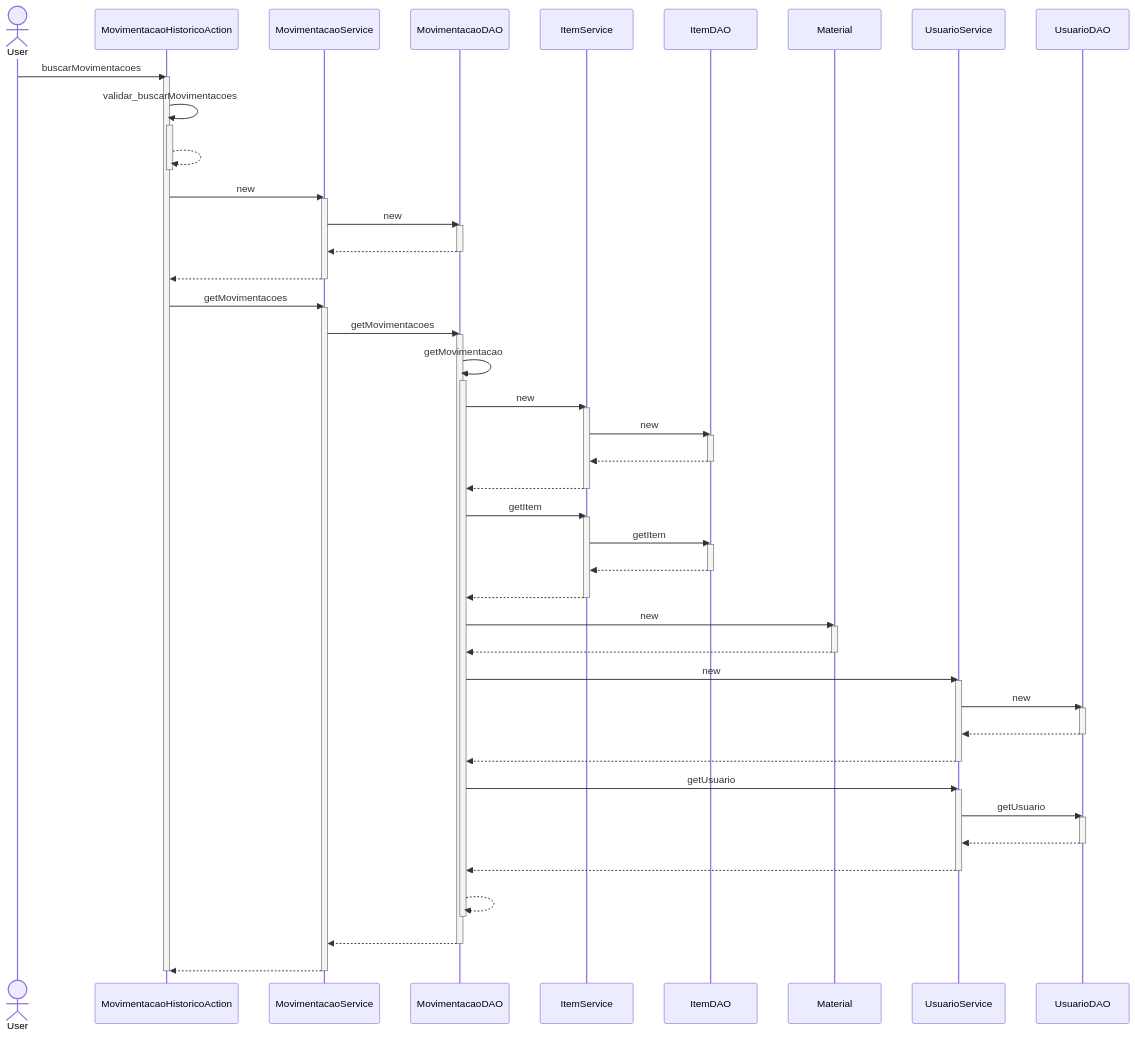
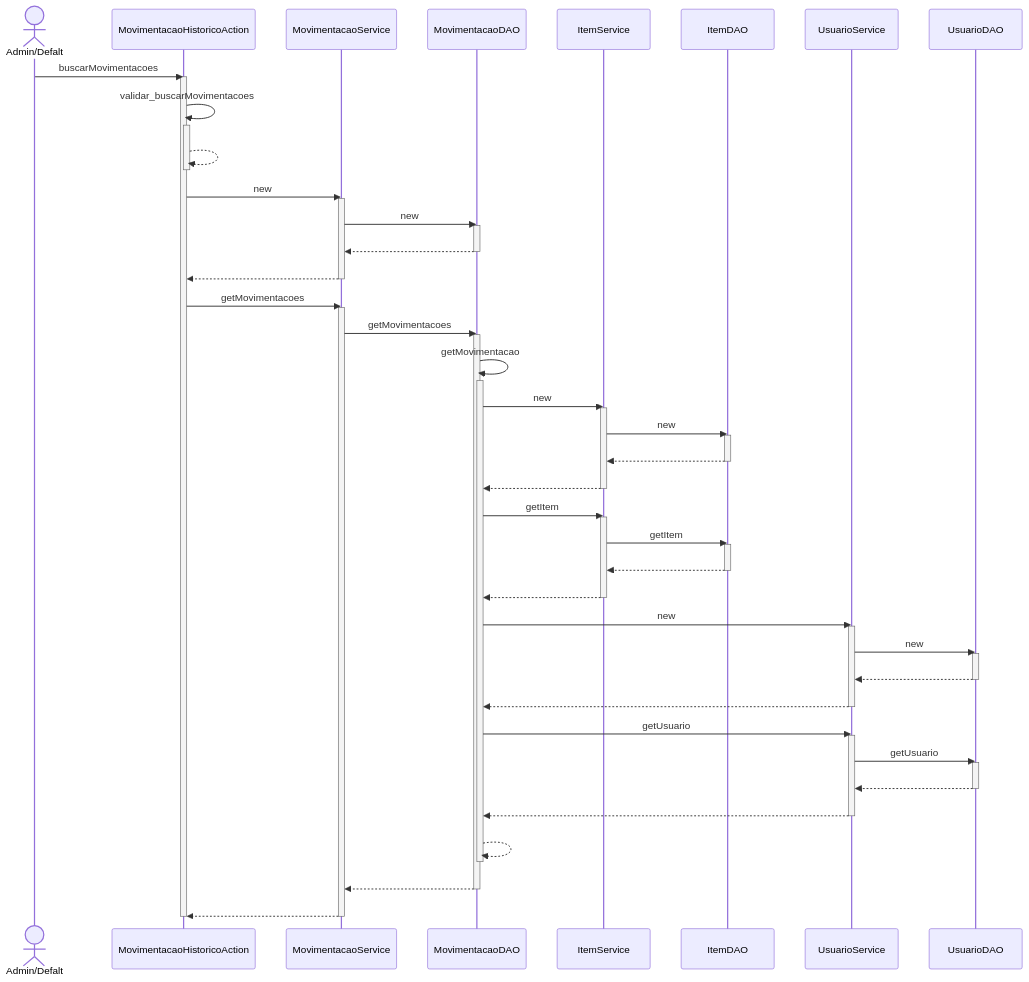
Before and after one commit to branqsMRP/SequenceDiagram: the diagram in DiagramaSequencia/Novo Diagrama Sequencia/Movimentacao/Buscar Movimentacoes.mmd, drawn with Mermaid. The commit also changed 7 other files, not shown here.

```diff
--- a/DiagramaSequencia/Novo Diagrama Sequencia/Movimentacao/Buscar Movimentacoes.mmd
+++ b/DiagramaSequencia/Novo Diagrama Sequencia/Movimentacao/Buscar Movimentacoes.mmd
@@ -1,65 +1,61 @@
 sequenceDiagram
-actor User
-User ->> MovimentacaoHistoricoAction : buscarMovimentacoes
+actor AD as Admin/Defalt
+AD ->> MovimentacaoHistoricoAction : buscarMovimentacoes
 activate MovimentacaoHistoricoAction
 MovimentacaoHistoricoAction ->> MovimentacaoHistoricoAction : validar_buscarMovimentacoes
 activate MovimentacaoHistoricoAction
 MovimentacaoHistoricoAction -->> MovimentacaoHistoricoAction : #32; 
 deactivate MovimentacaoHistoricoAction
 MovimentacaoHistoricoAction ->> MovimentacaoService : new
 activate MovimentacaoService
 MovimentacaoService ->> MovimentacaoDAO : new
 activate MovimentacaoDAO
 MovimentacaoDAO -->> MovimentacaoService : #32; 
 deactivate MovimentacaoDAO
 MovimentacaoService -->> MovimentacaoHistoricoAction : #32; 
 deactivate MovimentacaoService
 MovimentacaoHistoricoAction ->> MovimentacaoService : getMovimentacoes
 activate MovimentacaoService
 MovimentacaoService ->> MovimentacaoDAO : getMovimentacoes
 activate MovimentacaoDAO
 MovimentacaoDAO ->> MovimentacaoDAO : getMovimentacao
 activate MovimentacaoDAO
 MovimentacaoDAO ->> ItemService : new
 activate ItemService
 ItemService ->> ItemDAO : new
 activate ItemDAO
 ItemDAO -->> ItemService : #32; 
 deactivate ItemDAO
 ItemService -->> MovimentacaoDAO : #32; 
 deactivate ItemService
 MovimentacaoDAO ->> ItemService : getItem
 activate ItemService
 ItemService ->> ItemDAO : getItem
 activate ItemDAO
 ItemDAO -->> ItemService : #32; 
 deactivate ItemDAO
 ItemService -->> MovimentacaoDAO : #32; 
 deactivate ItemService
-MovimentacaoDAO ->> Material : new
-activate Material
-Material -->> MovimentacaoDAO : #32; 
-deactivate Material
 MovimentacaoDAO ->> UsuarioService : new
 activate UsuarioService
 UsuarioService ->> UsuarioDAO : new
 activate UsuarioDAO
 UsuarioDAO -->> UsuarioService : #32; 
 deactivate UsuarioDAO
 UsuarioService -->> MovimentacaoDAO : #32; 
 deactivate UsuarioService
 MovimentacaoDAO ->> UsuarioService : getUsuario
 activate UsuarioService
 UsuarioService ->> UsuarioDAO : getUsuario
 activate UsuarioDAO
 UsuarioDAO -->> UsuarioService : #32; 
 deactivate UsuarioDAO
 UsuarioService -->> MovimentacaoDAO : #32; 
 deactivate UsuarioService
 MovimentacaoDAO -->> MovimentacaoDAO : #32; 
 deactivate MovimentacaoDAO
 MovimentacaoDAO -->> MovimentacaoService : #32; 
 deactivate MovimentacaoDAO
 MovimentacaoService -->> MovimentacaoHistoricoAction : #32; 
 deactivate MovimentacaoService
 deactivate MovimentacaoHistoricoAction
```
